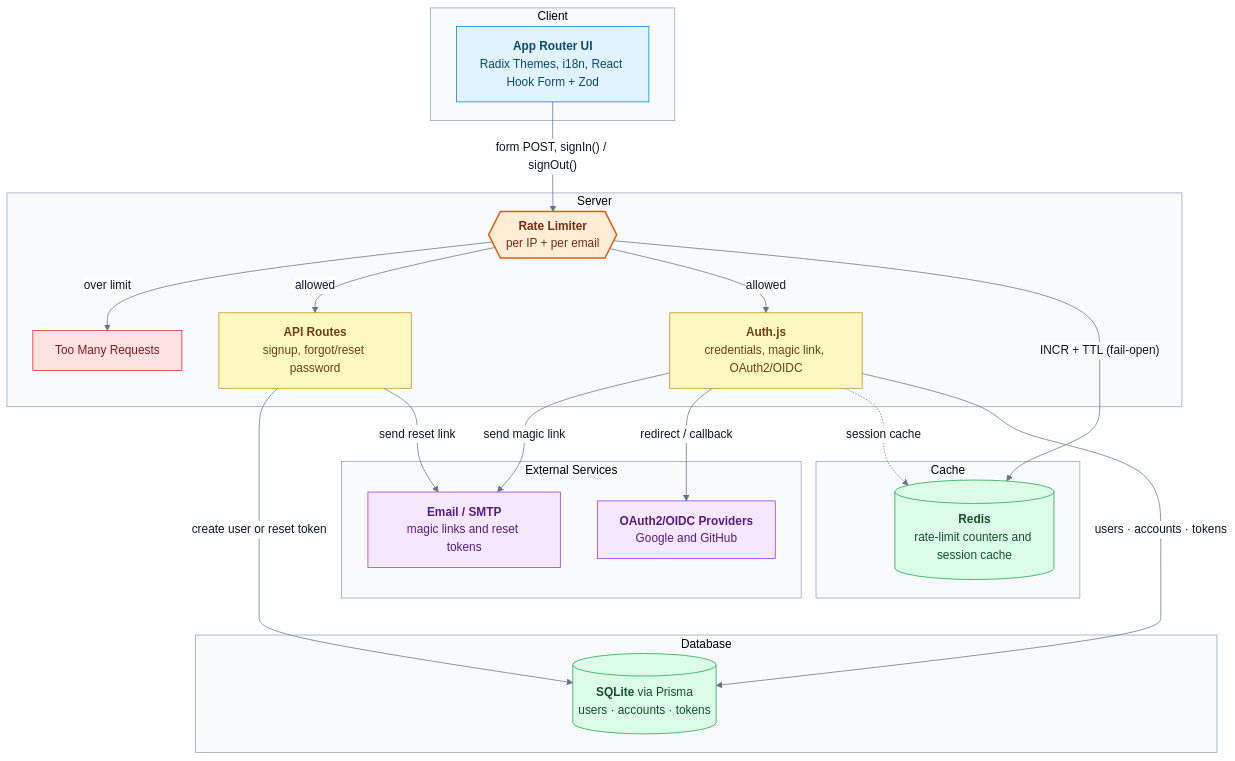
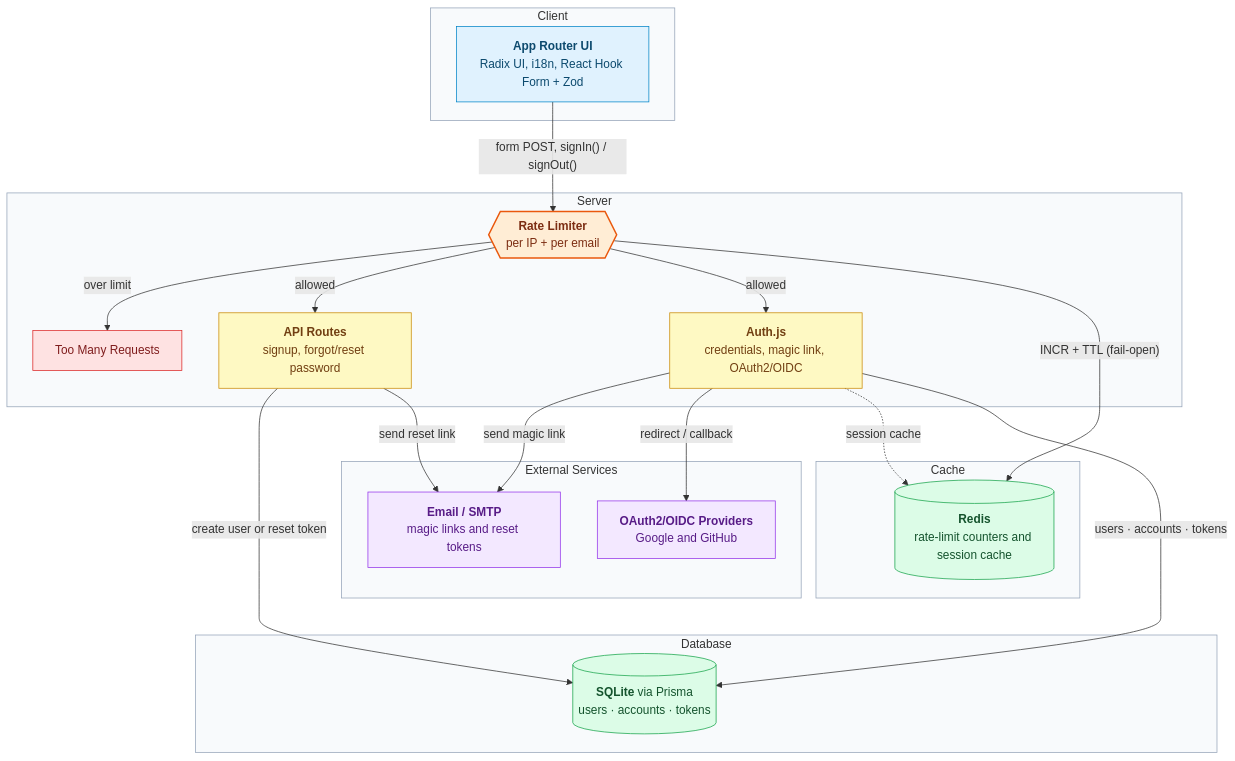
Before and after one commit to redouane-nouri/auth: the diagram in README.md, drawn with Mermaid. The commit also changed other lines of this file and 5 other files, not shown here.

````diff
--- a/README.md
+++ b/README.md
@@ -238,60 +238,59 @@
 ```mermaid
-%%{init: {"theme": "base", "themeVariables": {"background": "#ffffff", "primaryColor": "#ffffff", "primaryBorderColor": "#94a3b8", "primaryTextColor": "#0f172a", "lineColor": "#64748b"}}}%%
 flowchart TD
 subgraph Client["Client"]
-UI["<b>App Router UI</b><br />Radix Themes, i18n, React Hook Form + Zod"]
+UI["<b>App Router UI</b><br />Radix UI, i18n, React Hook Form + Zod"]
 end
 
 subgraph Server["Server"]
 RL{{"<b>Rate Limiter</b><br />per IP + per email"}}
 Reject["Too Many Requests"]
 Routes["<b>API Routes</b><br />signup, forgot/reset password"]
 AuthJS["<b>Auth.js</b><br />credentials, magic link, OAuth2/OIDC"]
 end
 
 subgraph External["External Services"]
 Email["<b>Email / SMTP</b><br />magic links and reset tokens"]
 OAuth["<b>OAuth2/OIDC Providers</b><br />Google and GitHub"]
 end
 
 subgraph Cache["Cache"]
 Redis[("<b>Redis</b><br />rate-limit counters and session cache")]
 end
 
 subgraph DB["Database"]
 SQLite[("<b>SQLite</b> via Prisma<br />users · accounts · tokens")]
 end
 
 UI -->|"form POST, signIn() / signOut()"| RL
 RL -->|"over limit"| Reject
 RL -->|"allowed"| Routes
 RL -->|"allowed"| AuthJS
 RL -->|"INCR + TTL (fail-open)"| Redis
 
 Routes --->|"create user or reset token"| SQLite
 Routes -->|"send reset link"| Email
 AuthJS -->|"send magic link"| Email
 AuthJS -->|"redirect / callback"| OAuth
 AuthJS -.->|"session cache"| Redis
 AuthJS --->|"users · accounts · tokens"| SQLite
 
 classDef client fill:#e0f2fe,stroke:#0284c7,color:#0c4a6e
 classDef server fill:#fef9c3,stroke:#ca8a04,color:#713f12
 classDef gate fill:#ffedd5,stroke:#ea580c,color:#7c2d12,stroke-width:2px
 classDef danger fill:#fee2e2,stroke:#dc2626,color:#7f1d1d
 classDef data fill:#dcfce7,stroke:#16a34a,color:#14532d
 classDef external fill:#f3e8ff,stroke:#9333ea,color:#581c87
 
 class UI client
 class Routes,AuthJS server
 class RL gate
 class Reject danger
 class SQLite,Redis data
 class OAuth,Email external
 
 style Client fill:#f8fafc,stroke:#94a3b8
 style Server fill:#f8fafc,stroke:#94a3b8
 style External fill:#f8fafc,stroke:#94a3b8
 style Cache fill:#f8fafc,stroke:#94a3b8
 style DB fill:#f8fafc,stroke:#94a3b8
 ```
````
